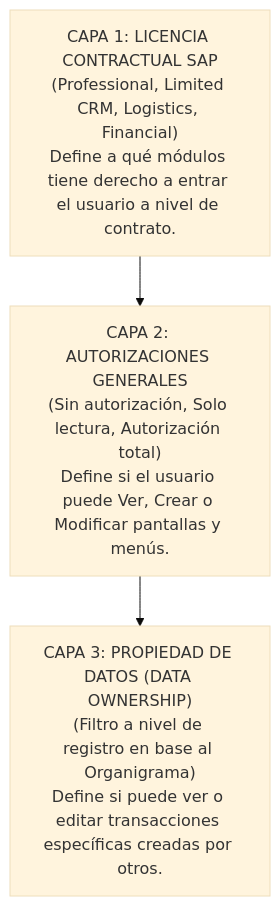
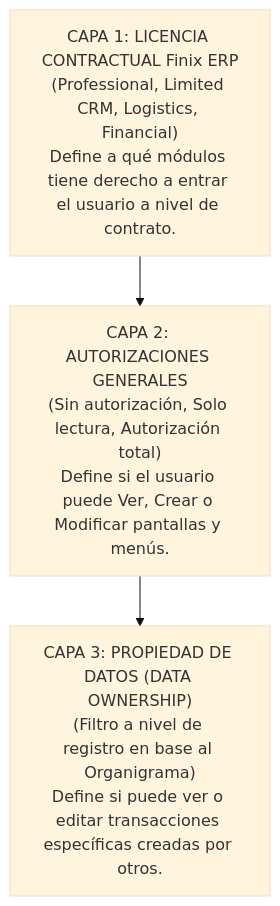
One commit to pablofgarciaf/B1-ACADEMY changed the eighth of 9 diagrams in public/modulos/Modulo_08.md. Above: the diagram before and after it, drawn with Mermaid (base theme). The commit also changed other lines of this file and 4125 other files, not shown here.

````diff
--- a/public/modulos/Modulo_08.md
+++ b/public/modulos/Modulo_08.md
@@ -341,6 +341,6 @@
 ```mermaid
 graph TD
-    A["CAPA 1: LICENCIA CONTRACTUAL SAP<br/>(Professional, Limited CRM, Logistics, Financial)<br/>Define a qué módulos tiene derecho a entrar el usuario a nivel de contrato."] 
+    A["CAPA 1: LICENCIA CONTRACTUAL Finix ERP<br/>(Professional, Limited CRM, Logistics, Financial)<br/>Define a qué módulos tiene derecho a entrar el usuario a nivel de contrato."] 
     --> B["CAPA 2: AUTORIZACIONES GENERALES<br/>(Sin autorización, Solo lectura, Autorización total)<br/>Define si el usuario puede Ver, Crear o Modificar pantallas y menús."]
     --> C["CAPA 3: PROPIEDAD DE DATOS (DATA OWNERSHIP)<br/>(Filtro a nivel de registro en base al Organigrama)<br/>Define si puede ver o editar transacciones específicas creadas por otros."]
 ```
````
